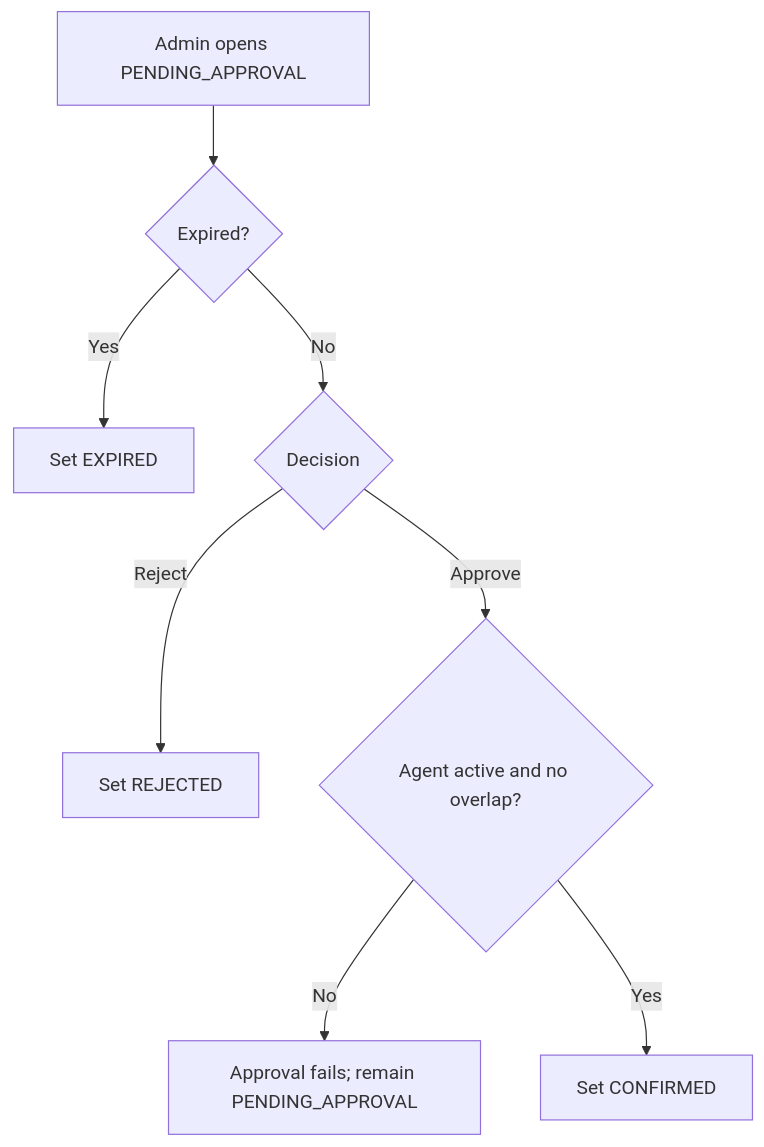
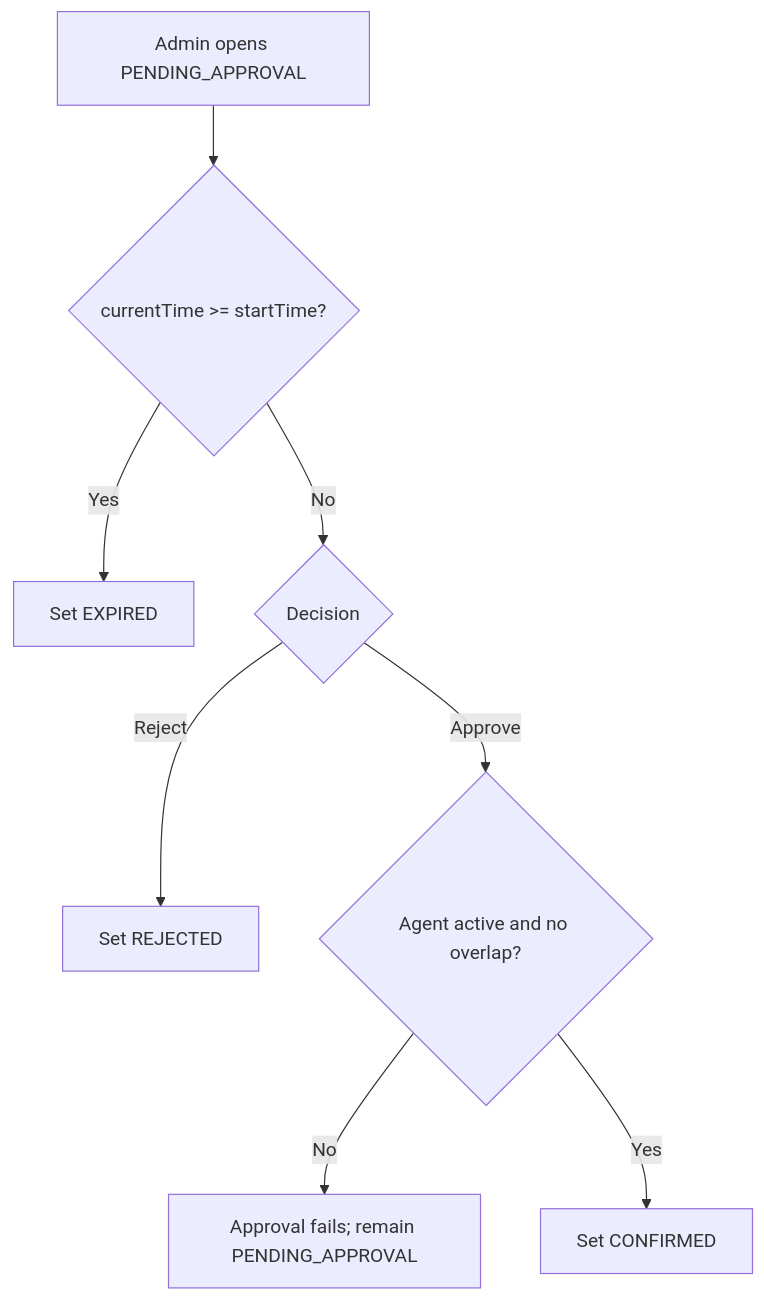
One commit to Ten-James/swi-proj changed the diagram in docs/diagrams/mermaid/10-activity-approve-v02.mmd. Above: the diagram before and after it, drawn with Mermaid. The commit also changed 41 other files, not shown here.

```diff
--- a/docs/diagrams/mermaid/10-activity-approve-v02.mmd
+++ b/docs/diagrams/mermaid/10-activity-approve-v02.mmd
@@ -1,8 +1,8 @@
 flowchart TD
-    A[Admin opens PENDING_APPROVAL] --> B{Expired?}
+    A[Admin opens PENDING_APPROVAL] --> B{currentTime >= startTime?}
     B -- Yes --> E[Set EXPIRED]
     B -- No --> C{Decision}
     C -- Reject --> R[Set REJECTED]
     C -- Approve --> D{Agent active and no overlap?}
     D -- No --> X[Approval fails; remain PENDING_APPROVAL]
     D -- Yes --> F[Set CONFIRMED]
```
